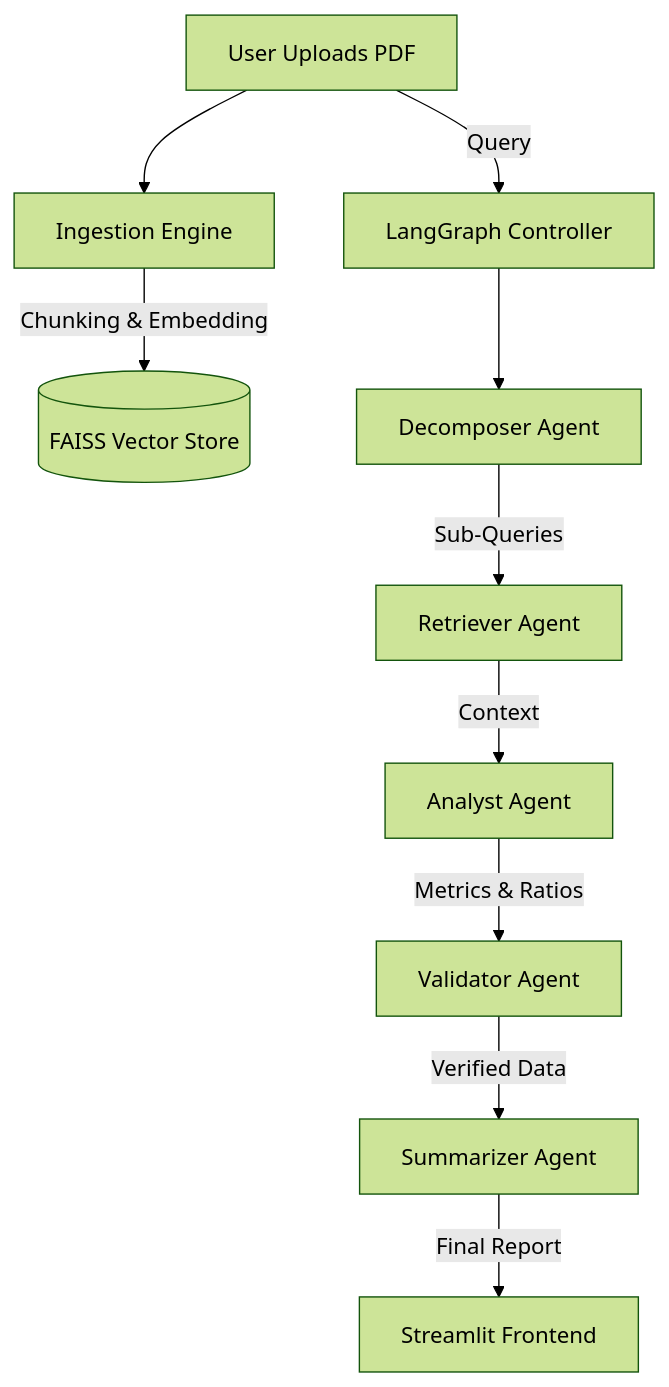
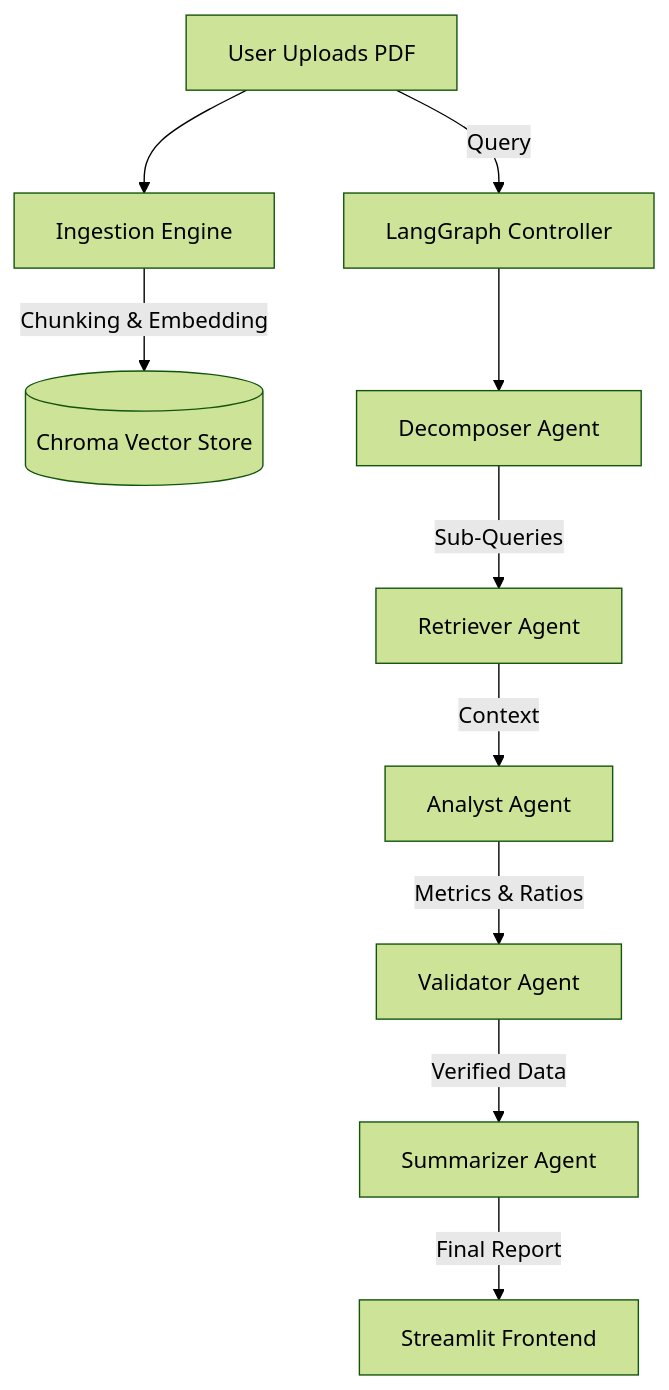
Before and after one commit to yashmishra1234567890/FinDoc-Risk-Engine: the diagram in README.md, drawn with Mermaid (forest theme). The commit also changed other lines of this file and 28 other files, not shown here.

````diff
--- a/README.md
+++ b/README.md
@@ -72,16 +73,16 @@
 ```mermaid
 graph TD
     User[User Uploads PDF] --> Ingest[Ingestion Engine]
-    Ingest -->|Chunking & Embedding| VectorDB[(FAISS Vector Store)]
+    Ingest -->|Chunking & Embedding| VectorDB[(Chroma Vector Store)]
     
     User -->|Query| Graph[LangGraph Controller]
     
     Graph --> Decomposer[Decomposer Agent]
     Decomposer -->|Sub-Queries| Retriever[Retriever Agent]
     Retriever -->|Context| Analyst[Analyst Agent]
     
     Analyst -->|Metrics & Ratios| Validator[Validator Agent]
     Validator -->|Verified Data| Summarizer[Summarizer Agent]
     
     Summarizer -->|Final Report| UI[Streamlit Frontend]
 ```
````
